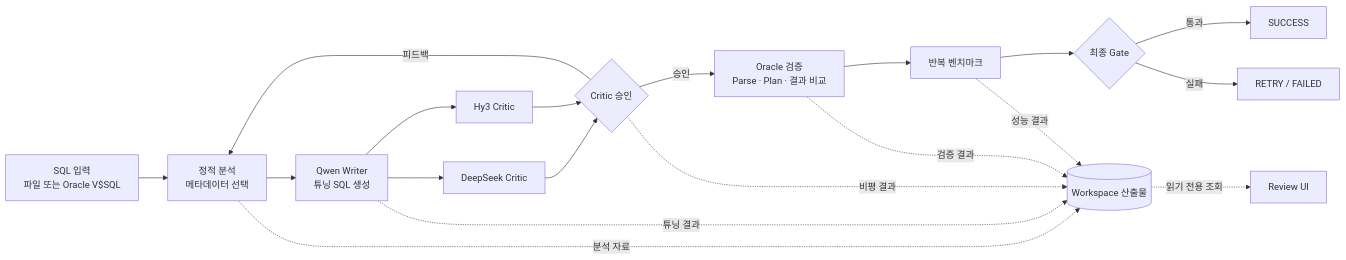
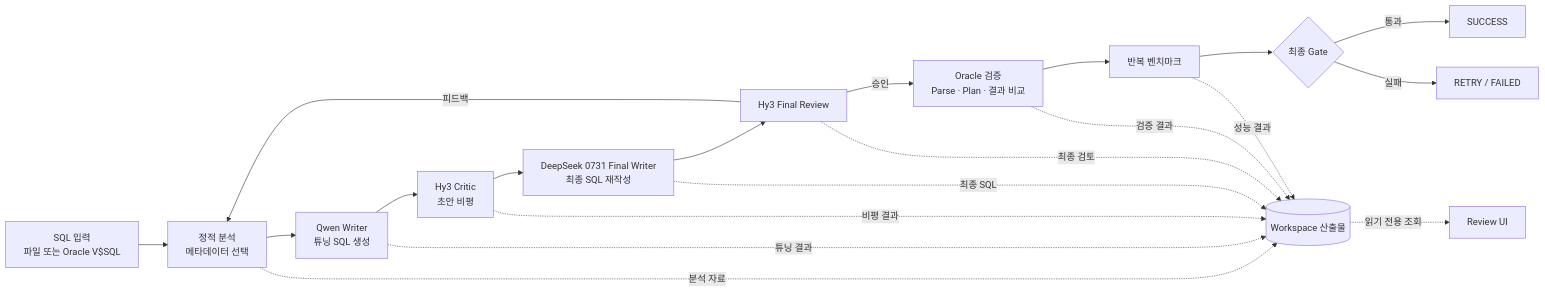
The diagram in README.md (qpalzmowksmx/Dgx_Sql_Tuning), drawn with Mermaid before and after one commit. The commit also changed other lines of this file and 65 other files, not shown here.

````diff
--- a/README.md
+++ b/README.md
@@ -53,22 +56,23 @@
 ```mermaid
 flowchart LR
     A["SQL 입력<br/>파일 또는 Oracle V$SQL"] --> B["정적 분석<br/>메타데이터 선택"]
     B --> C["Qwen Writer<br/>튜닝 SQL 생성"]
-    C --> D["DeepSeek Critic"]
-    C --> E["Hy3 Critic"]
-    D --> F{"Critic 승인"}
-    E --> F
+    C --> D["Hy3 Critic<br/>초안 비평"]
+    D --> E["DeepSeek 0731 Final Writer<br/>최종 SQL 재작성"]
+    E --> F["Hy3 Final Review"]
     F -- "피드백" --> B
     F -- "승인" --> G["Oracle 검증<br/>Parse · Plan · 결과 비교"]
     G --> H["반복 벤치마크"]
     H --> I{"최종 Gate"}
     I -- "통과" --> J["SUCCESS"]
     I -- "실패" --> K["RETRY / FAILED"]
 
     B -. "분석 자료" .-> W[("Workspace 산출물")]
     C -. "튜닝 결과" .-> W
-    F -. "비평 결과" .-> W
+    D -. "비평 결과" .-> W
+    E -. "최종 SQL" .-> W
+    F -. "최종 검토" .-> W
     G -. "검증 결과" .-> W
     H -. "성능 결과" .-> W
     W -. "읽기 전용 조회" .-> L["Review UI"]
 ```
````
